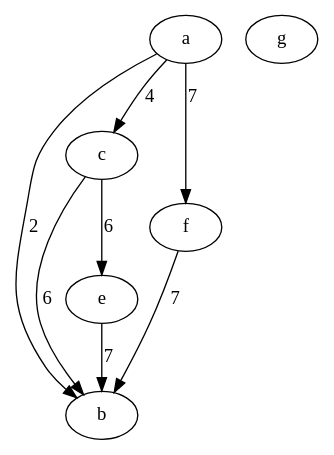
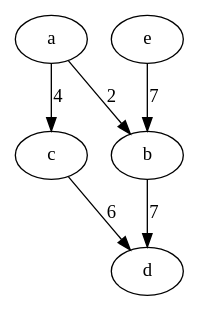
One commit to Jordanwmk/Paralex changed the diagram in InputParser/src/test.dot. Above: the diagram before and after it, drawn with Graphviz. The commit also changed 1 other file, not shown here.

Commit message:
Optimised method to get source nodes of input graph

```diff
--- a/InputParser/src/test.dot
+++ b/InputParser/src/test.dot
@@ -1,15 +1,12 @@
 digraph {
 		b	[weight="5"];
 		a	[weight="2"];
 		c	[weight="6"];
+		d	[weight="3"];
 		e	[weight="3"];
-		f	[weight="4"];
-		g	[weight="2"];
 		a -> b[label="2",weight="2"];
 		a -> c[label="4",weight="4"];
-		c -> b[label="6",weight="6"];
-		c -> e[label="6",weight="6"];
+		c -> d[label="6",weight="6"];
+		b -> d[label="7",weight="7"];
 		e -> b[label="7",weight="7"];
-		f -> b[label="7",weight="7"];
-		a -> f[label="7",weight="7"];
 	}
```
